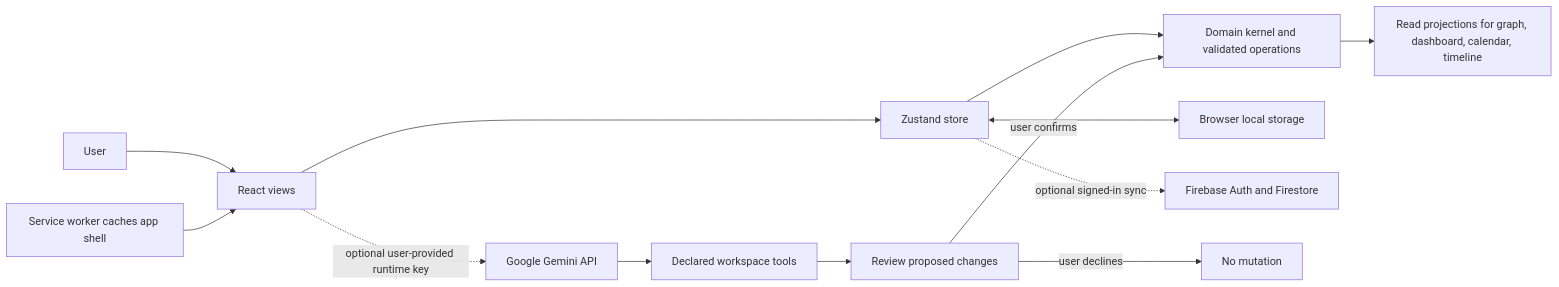
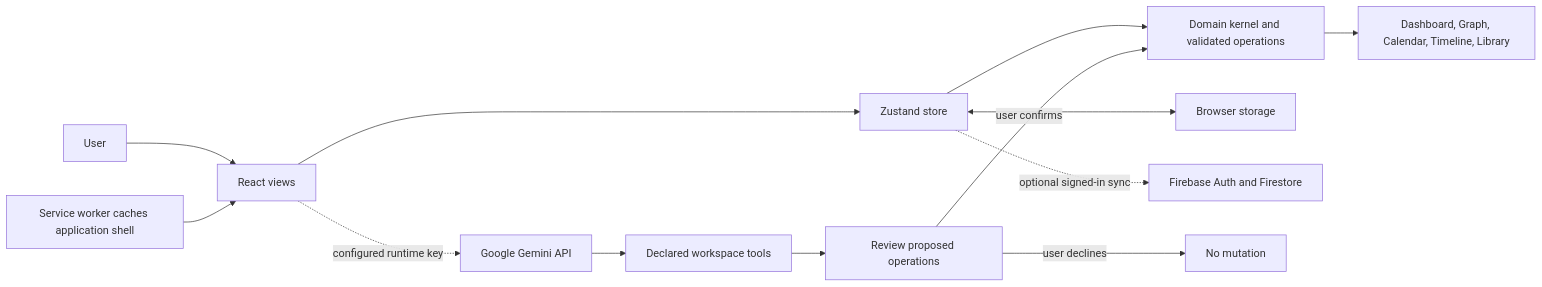
Before and after one commit to Suvichan2005/Flowmate-AI: the diagram in README.md, drawn with Mermaid. The commit also changed other lines of this file and 2 other files, not shown here.

Commit message:
docs: feature verified Gemini chat and refresh screenshots

```diff
--- a/README.md
+++ b/README.md
@@ -71,15 +74,15 @@
 ~~~mermaid
 flowchart LR
   User[User] --> UI[React views]
   UI --> Store[Zustand store]
   Store --> Kernel[Domain kernel and validated operations]
-  Kernel --> Projection[Read projections for graph, dashboard, calendar, timeline]
-  Store <--> Local[Browser local storage]
+  Kernel --> Projections[Dashboard, Graph, Calendar, Timeline, Library]
+  Store <--> Local[Browser storage]
   Store -. optional signed-in sync .-> Firebase[Firebase Auth and Firestore]
-  UI -. optional user-provided runtime key .-> Gemini[Google Gemini API]
+  UI -. configured runtime key .-> Gemini[Google Gemini API]
   Gemini --> Tools[Declared workspace tools]
-  Tools --> Preview[Review proposed changes]
-  Preview -->|user confirms| Kernel
-  Preview -->|user declines| Stop[No mutation]
-  SW[Service worker caches app shell] --> UI
+  Tools --> Review[Review proposed operations]
+  Review -->|user confirms| Kernel
+  Review -->|user declines| Stop[No mutation]
+  SW[Service worker caches application shell] --> UI
 ~~~
```
